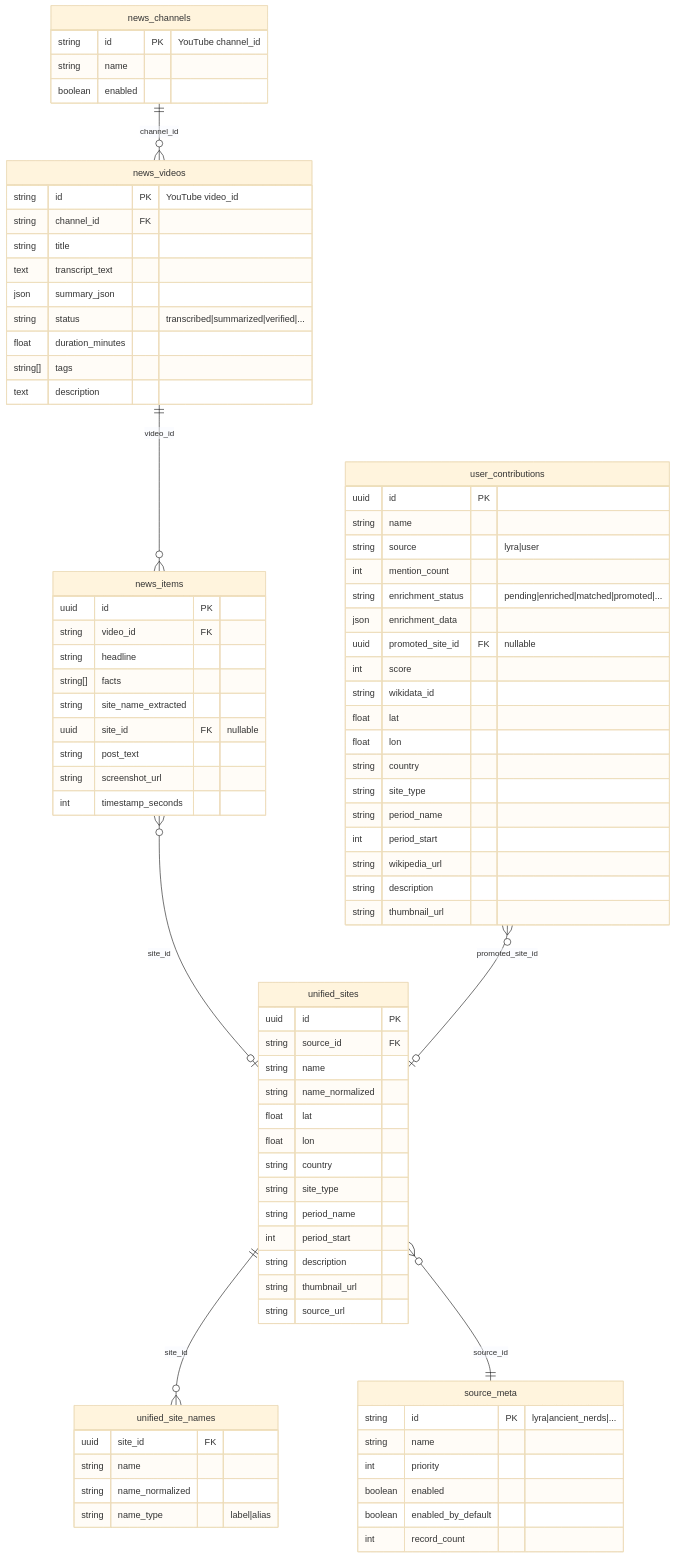
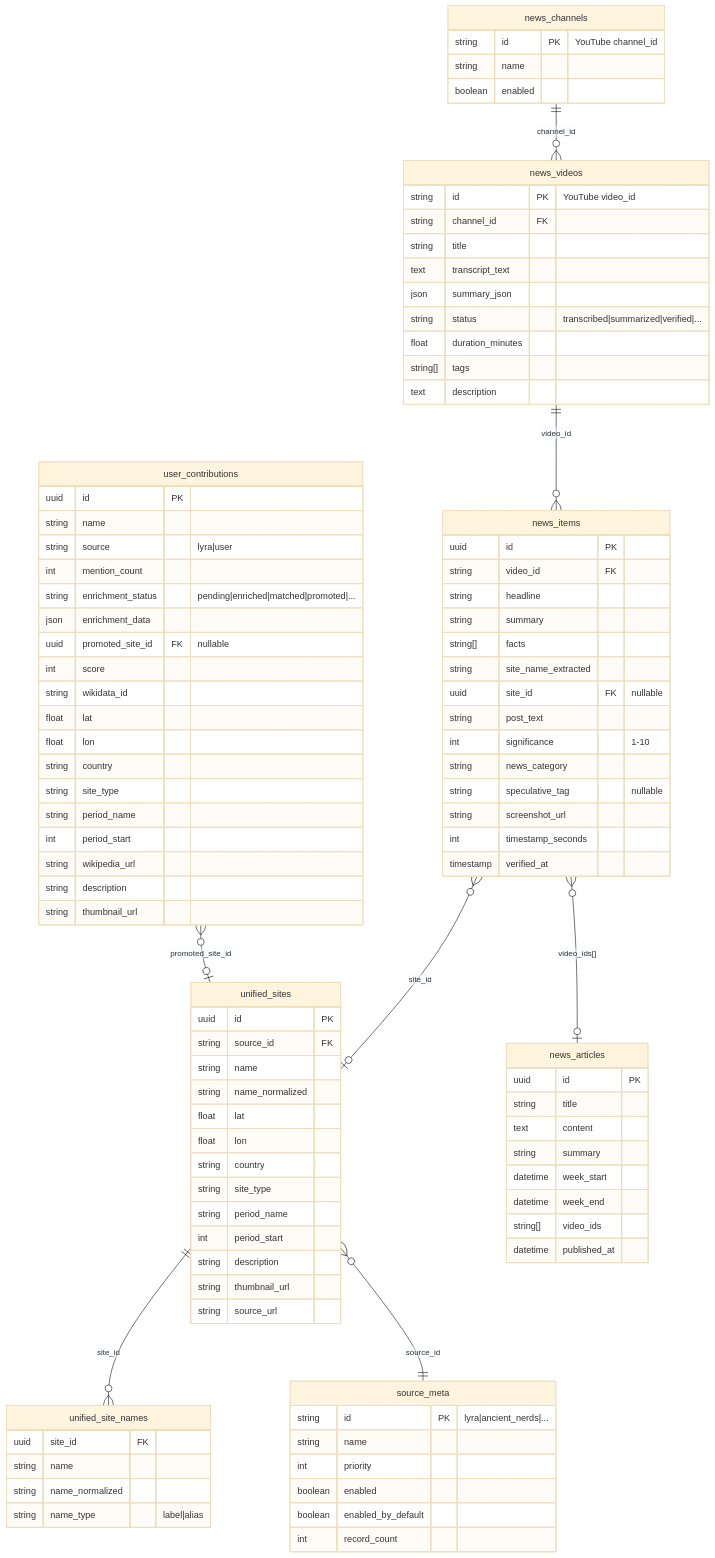
The fifth of 7 diagrams in docs/lyra-pipeline.md (ancientnerds/AncientMap), drawn with Mermaid (base theme) before and after one commit. The commit also changed other lines of this file, not shown here.

First line of the commit message:
docs: full content audit of lyra-pipeline.md

```diff
--- a/docs/lyra-pipeline.md
+++ b/docs/lyra-pipeline.md
@@ -235,7 +250,18 @@
     user_contributions }o--o| unified_sites : "promoted_site_id"
     unified_sites ||--o{ unified_site_names : "site_id"
     unified_sites }o--|| source_meta : "source_id"
+    news_items }o--o| news_articles : "video_ids[]"
 
+    news_articles {
+        uuid id PK
+        string title
+        text content
+        string summary
+        datetime week_start
+        datetime week_end
+        string[] video_ids
+        datetime published_at
+    }
     news_channels {
         string id PK "YouTube channel_id"
         string name
@@ -256,12 +282,17 @@
         uuid id PK
         string video_id FK
         string headline
+        string summary
         string[] facts
         string site_name_extracted
         uuid site_id FK "nullable"
         string post_text
+        int significance "1-10"
+        string news_category
+        string speculative_tag "nullable"
         string screenshot_url
         int timestamp_seconds
+        timestamp verified_at
     }
     user_contributions {
         uuid id PK
```
